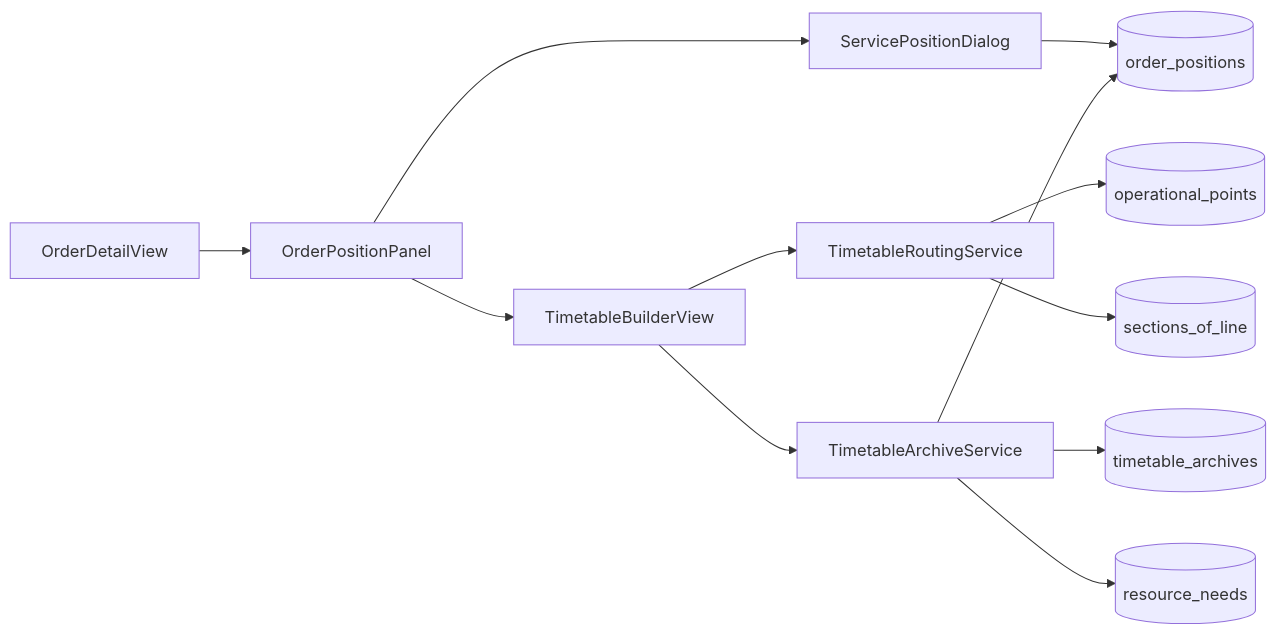
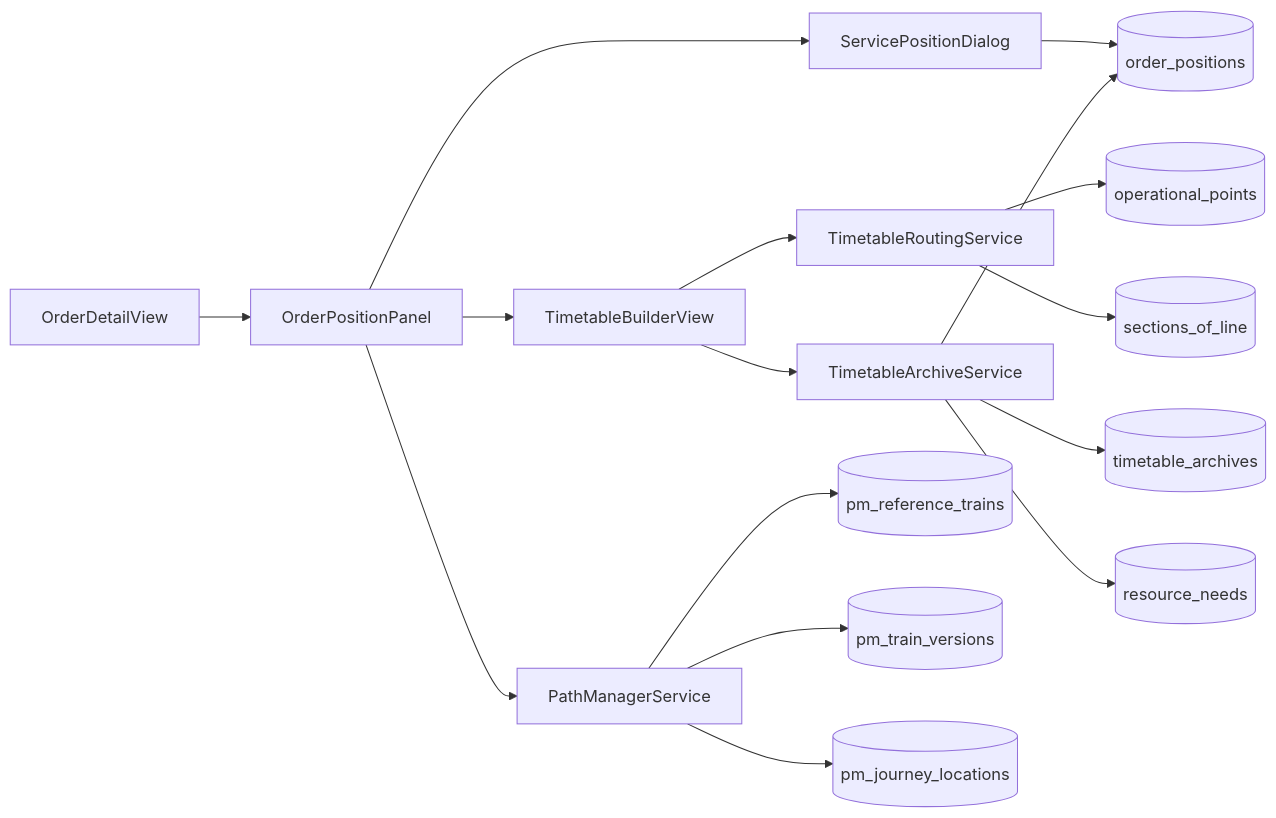
One commit to kron12345/railway-order-mgmt changed the fourth of 10 diagrams in docs/ARCHITECTURE.md. Above: the diagram before and after it, drawn with Mermaid. The commit also changed other lines of this file and 67 other files, not shown here.

First line of the commit message:
Add Path Manager module with TTT process simulation and REST API

````diff
--- a/docs/ARCHITECTURE.md
+++ b/docs/ARCHITECTURE.md
@@ -86,16 +86,21 @@
 ```mermaid
 flowchart LR
     O[OrderDetailView] --> P[OrderPositionPanel]
     P --> SD[ServicePositionDialog]
     P --> TB[TimetableBuilderView]
 
     SD --> OP[(order_positions)]
 
     TB --> TRS[TimetableRoutingService]
     TRS --> OPS[(operational_points)]
     TRS --> SOL[(sections_of_line)]
     TB --> TAS[TimetableArchiveService]
     TAS --> TA[(timetable_archives)]
     TAS --> OP
     TAS --> RN[(resource_needs)]
+
+    P --> PMS[PathManagerService]
+    PMS --> PMT[(pm_reference_trains)]
+    PMS --> PMV[(pm_train_versions)]
+    PMS --> PML[(pm_journey_locations)]
 ```
````
